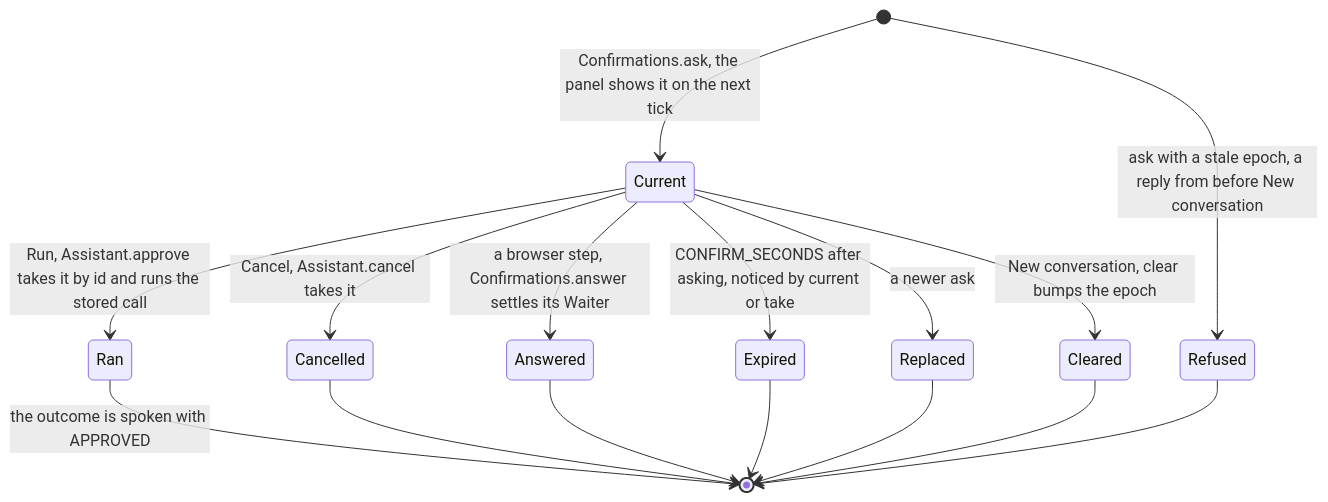
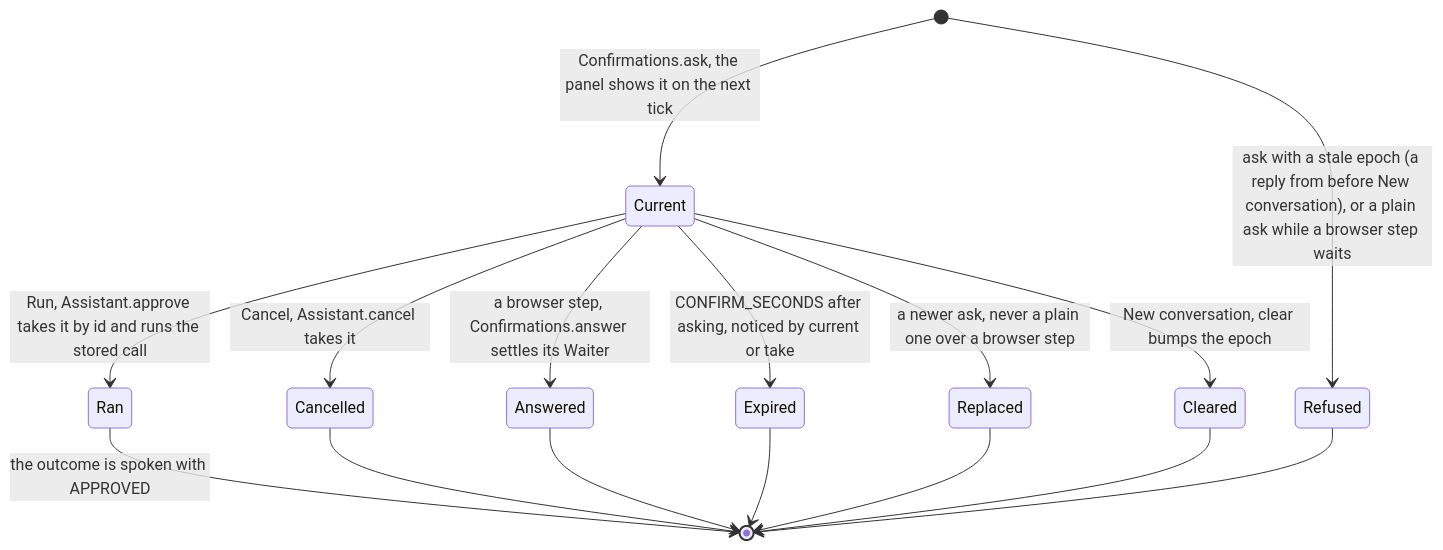
Before and after one commit to ranacseruet/vaice: the fifth of 11 diagrams in docs/architecture.md, drawn with Mermaid. The commit also changed other lines of this file and 9 other files, not shown here.

First line of the commit message:
Refuse a new request while a browser step waits for Run (#153)

````diff
--- a/docs/architecture.md
+++ b/docs/architecture.md
@@ -252,18 +255,18 @@
 ```mermaid
 stateDiagram-v2
-  [*] --> Refused: ask with a stale epoch, a reply from before New conversation
+  [*] --> Refused: ask with a stale epoch (a reply from before New conversation), or a plain ask while a browser step waits
   [*] --> Current: Confirmations.ask, the panel shows it on the next tick
   Current --> Ran: Run, Assistant.approve takes it by id and runs the stored call
   Current --> Cancelled: Cancel, Assistant.cancel takes it
   Current --> Answered: a browser step, Confirmations.answer settles its Waiter
   Current --> Expired: CONFIRM_SECONDS after asking, noticed by current or take
-  Current --> Replaced: a newer ask
+  Current --> Replaced: a newer ask, never a plain one over a browser step
   Current --> Cleared: New conversation, clear bumps the epoch
   Ran --> [*]: the outcome is spoken with APPROVED
   Cancelled --> [*]
   Answered --> [*]
   Expired --> [*]
   Replaced --> [*]
   Cleared --> [*]
   Refused --> [*]
 ```
````
